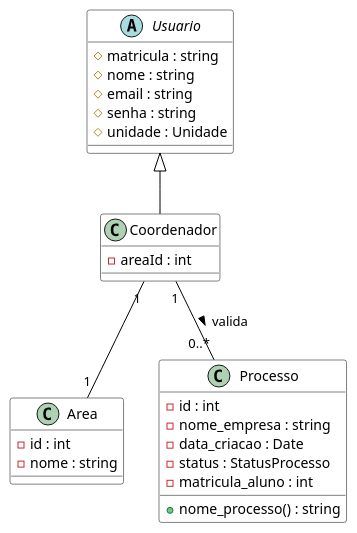
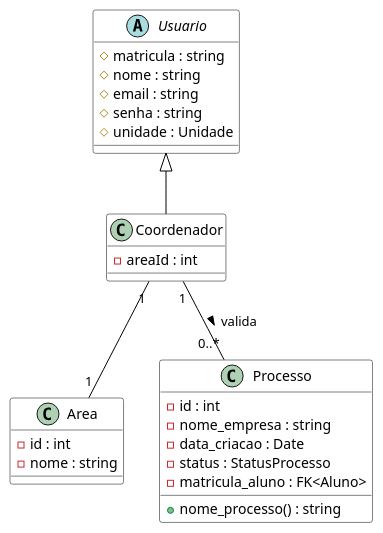
One commit to Projetos-de-Extensao/PBE_26.1_8002_III changed the diagram in docs/assets/Diagramas/src/diagrama_classes_coordenacao.puml. Above: the diagram before and after it, drawn with PlantUML. The commit also changed 3 other files, not shown here.

```diff
--- a/docs/assets/Diagramas/src/diagrama_classes_coordenacao.puml
+++ b/docs/assets/Diagramas/src/diagrama_classes_coordenacao.puml
@@ -1,41 +1,41 @@
 @startuml
 
 ' --- Estilos ---
 skinparam class {
     BackgroundColor White
     ArrowColor Black
     BorderColor Black
 }
 
 ' --- Classes Relevantes ---
 abstract class Usuario {
     # matricula : string
     # nome : string
     # email : string
     # senha : string
     # unidade : Unidade
 }
 
 class Coordenador extends Usuario {
     - areaId : int
 }
 
 class Area {
     - id : int
     - nome : string
 }
 
 class Processo {
     - id : int
     - nome_empresa : string
     - data_criacao : Date
     - status : StatusProcesso
-    - matricula_aluno : int
+    - matricula_aluno : FK<Aluno>
     + nome_processo() : string
 }
 
 ' --- Relacionamentos ---
 Coordenador "1" -- "1" Area
 Coordenador "1" -- "0..*" Processo : valida >
 
 @enduml
```
